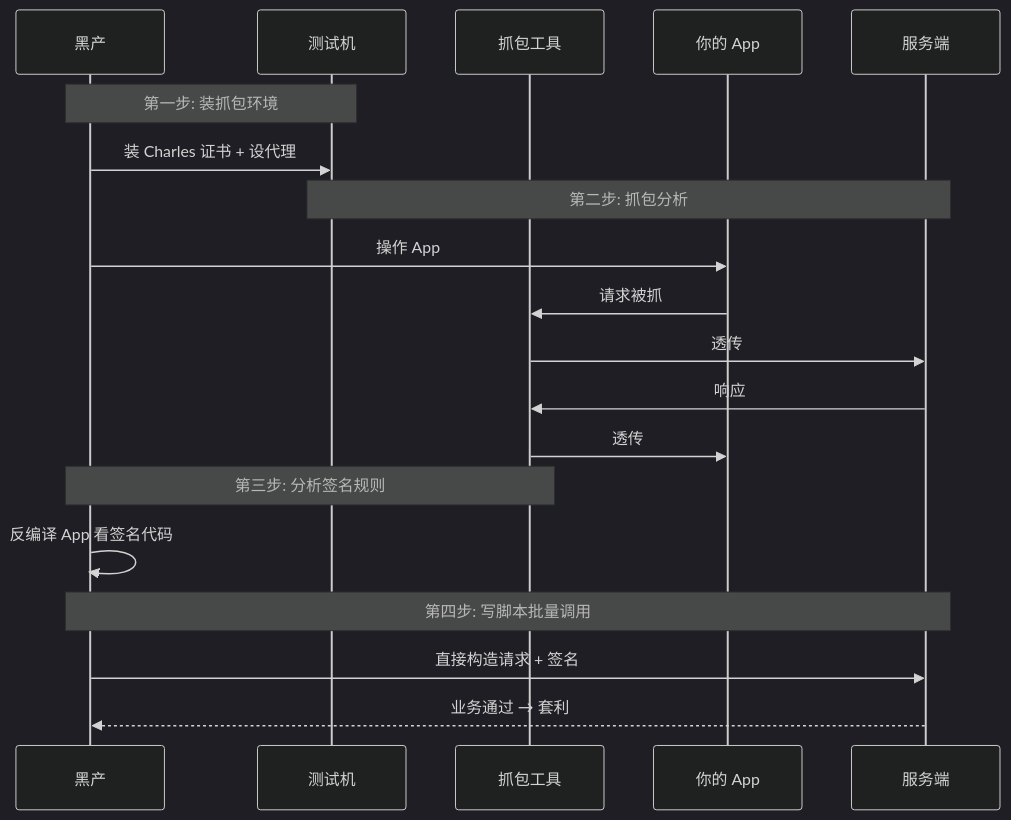
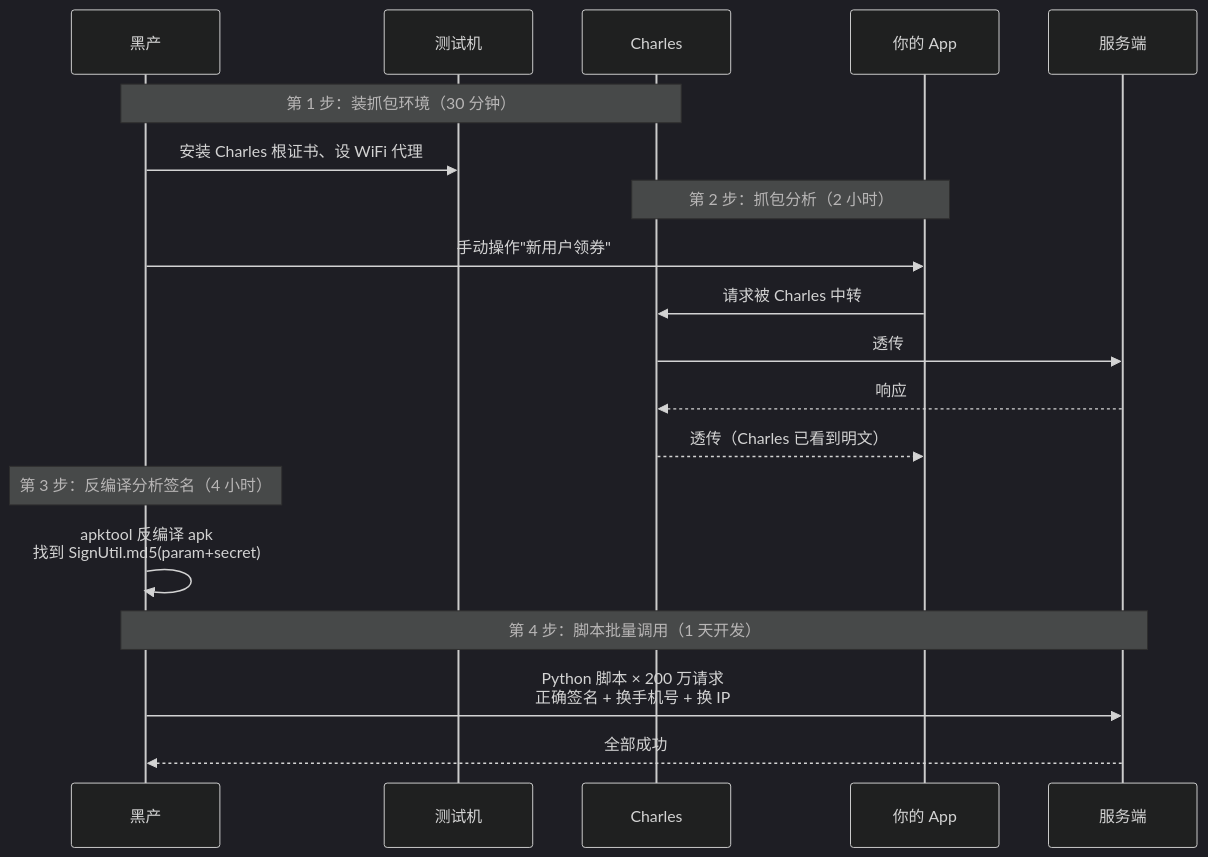
The first of 10 diagrams in docs/10.真经/05.方案设计思想/17.移动端防抓包实践.md (chongyang211/YCBookBlog), drawn with Mermaid (dark theme) before and after one commit. The commit also changed other lines of this file and 36 other files, not shown here.

````diff
--- a/docs/10.真经/05.方案设计思想/17.移动端防抓包实践.md
+++ b/docs/10.真经/05.方案设计思想/17.移动端防抓包实践.md
@@ -90,25 +36,21 @@
 ```mermaid
 sequenceDiagram
     participant H as 黑产
     participant Phone as 测试机
-    participant Charles as 抓包工具
+    participant Charles as Charles
     participant App as 你的 App
-    participant Server as 服务端
-    
-    Note over H,Phone: 第一步: 装抓包环境
-    H->>Phone: 装 Charles 证书 + 设代理
-    
-    Note over Phone,Server: 第二步: 抓包分析
-    H->>App: 操作 App
-    App->>Charles: 请求被抓
-    Charles->>Server: 透传
-    Server->>Charles: 响应
-    Charles->>App: 透传
-    
-    Note over H,Charles: 第三步: 分析签名规则
-    H->>H: 反编译 App 看签名代码
-    
-    Note over H,Server: 第四步: 写脚本批量调用
-    H->>Server: 直接构造请求 + 签名
-    Server-->>H: 业务通过 → 套利
+    participant Srv as 服务端
+    Note over H,Charles: 第 1 步：装抓包环境（30 分钟）
+    H->>Phone: 安装 Charles 根证书、设 WiFi 代理
+    Note over App,Charles: 第 2 步：抓包分析（2 小时）
+    H->>App: 手动操作"新用户领券"
+    App->>Charles: 请求被 Charles 中转
+    Charles->>Srv: 透传
+    Srv-->>Charles: 响应
+    Charles-->>App: 透传（Charles 已看到明文）
+    Note over H: 第 3 步：反编译分析签名（4 小时）
+    H->>H: apktool 反编译 apk<br/>找到 SignUtil.md5(param+secret)
+    Note over H,Srv: 第 4 步：脚本批量调用（1 天开发）
+    H->>Srv: Python 脚本 × 200 万请求<br/>正确签名 + 换手机号 + 换 IP
+    Srv-->>H: 全部成功
 ```
````
